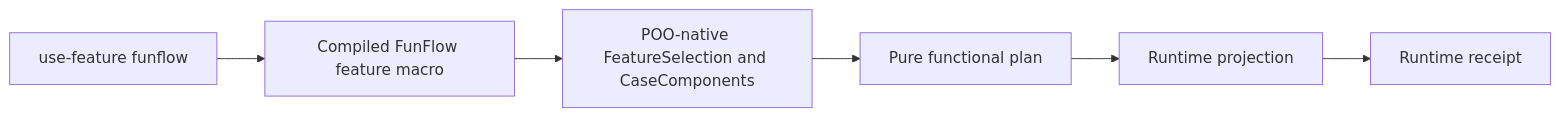
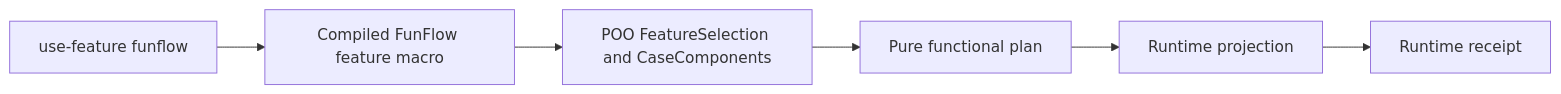
Before and after one commit to tao3k/gebril-yuanxu: the fifth of 6 diagrams in module-system/design/136-gerbil-module-feature-layering.org, drawn with Mermaid. The commit also changed other lines of this file and 1469 other files, not shown here.

```diff
--- a/module-system/design/136-gerbil-module-feature-layering.org
+++ b/module-system/design/136-gerbil-module-feature-layering.org
@@ -262,8 +262,8 @@
 #+begin_src mermaid
 flowchart LR
     UF["use-feature funflow"] --> FM["Compiled FunFlow feature macro"]
-    FM --> PO["POO-native FeatureSelection and CaseComponents"]
+    FM --> PO["POO FeatureSelection and CaseComponents"]
     PO --> FP["Pure functional plan"]
     FP --> RP["Runtime projection"]
     RP --> RR["Runtime receipt"]
 #+end_src
```
